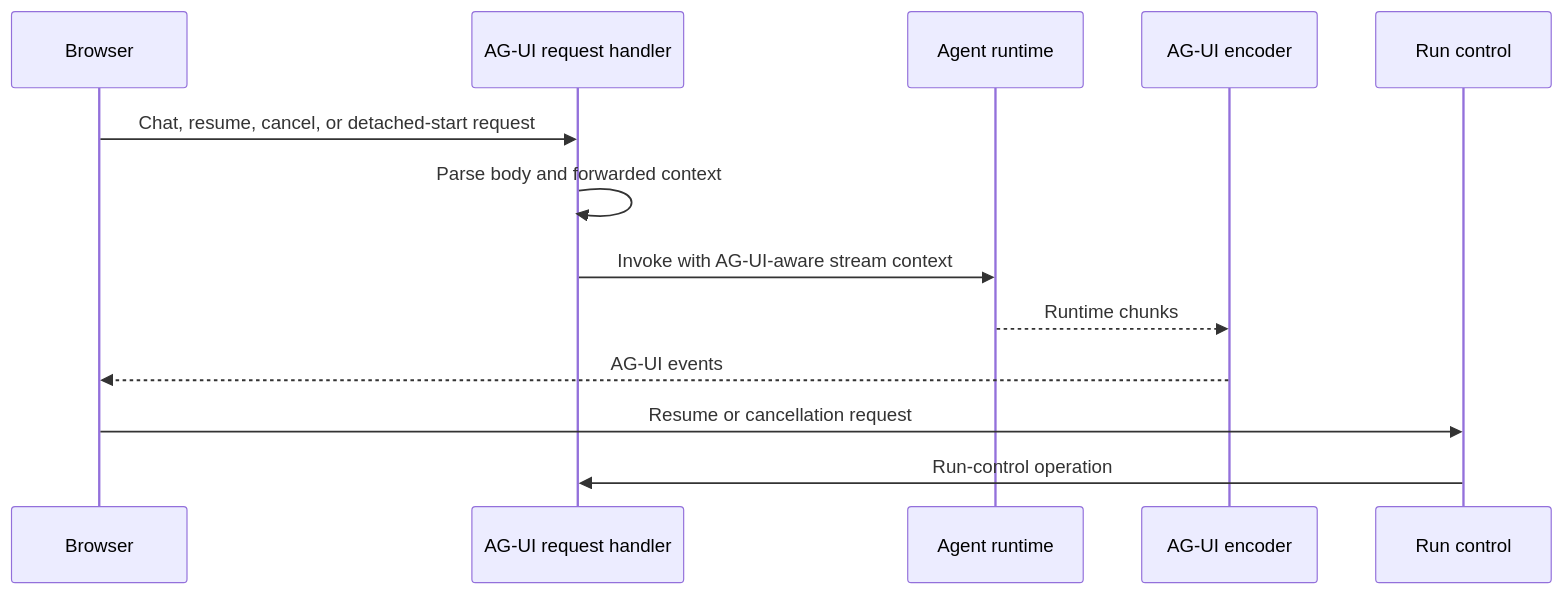
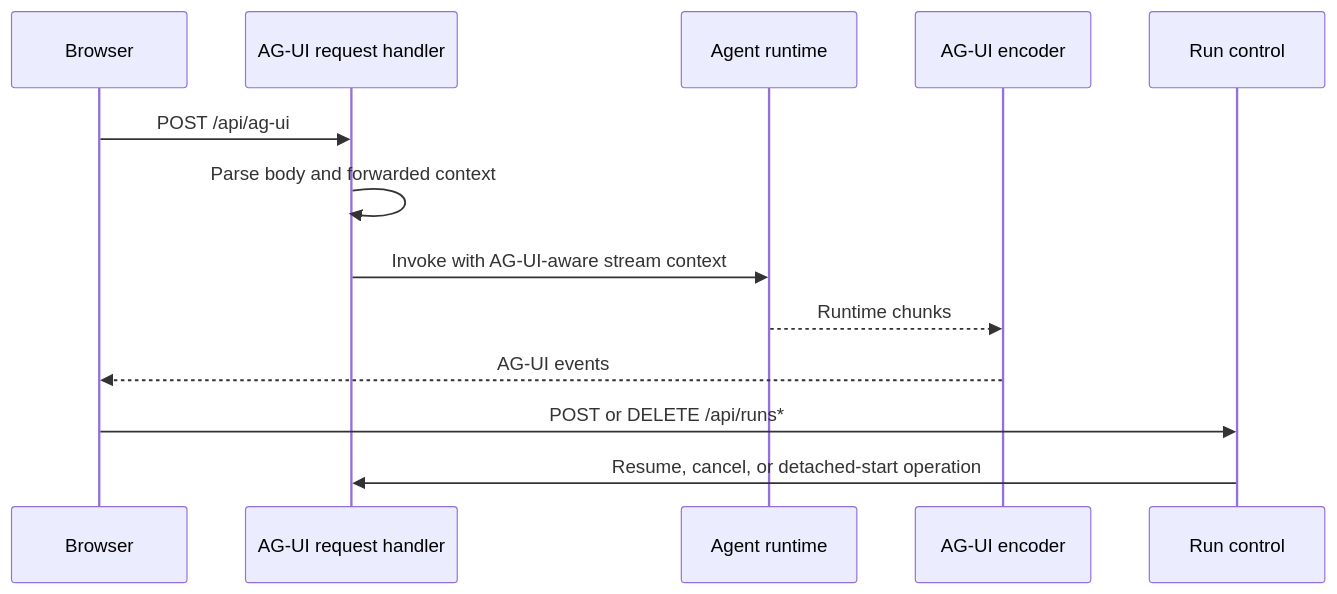
One commit to veryfront/veryfront-code changed the diagram in docs/architecture/10-ag-ui-transport.md. Above: the diagram before and after it, drawn with Mermaid. The commit also changed other lines of this file and 57 other files, not shown here.

````diff
--- a/docs/architecture/10-ag-ui-transport.md
+++ b/docs/architecture/10-ag-ui-transport.md
@@ -20,16 +24,16 @@
 ```mermaid
 sequenceDiagram
   participant Browser
   participant Handler as AG-UI request handler
   participant Runtime as Agent runtime
   participant Encoder as AG-UI encoder
   participant Control as Run control
 
-  Browser->>Handler: Chat, resume, cancel, or detached-start request
+  Browser->>Handler: POST /api/ag-ui
   Handler->>Handler: Parse body and forwarded context
   Handler->>Runtime: Invoke with AG-UI-aware stream context
   Runtime-->>Encoder: Runtime chunks
   Encoder-->>Browser: AG-UI events
-  Browser->>Control: Resume or cancellation request
-  Control->>Handler: Run-control operation
+  Browser->>Control: POST or DELETE /api/runs*
+  Control->>Handler: Resume, cancel, or detached-start operation
 ```
````
